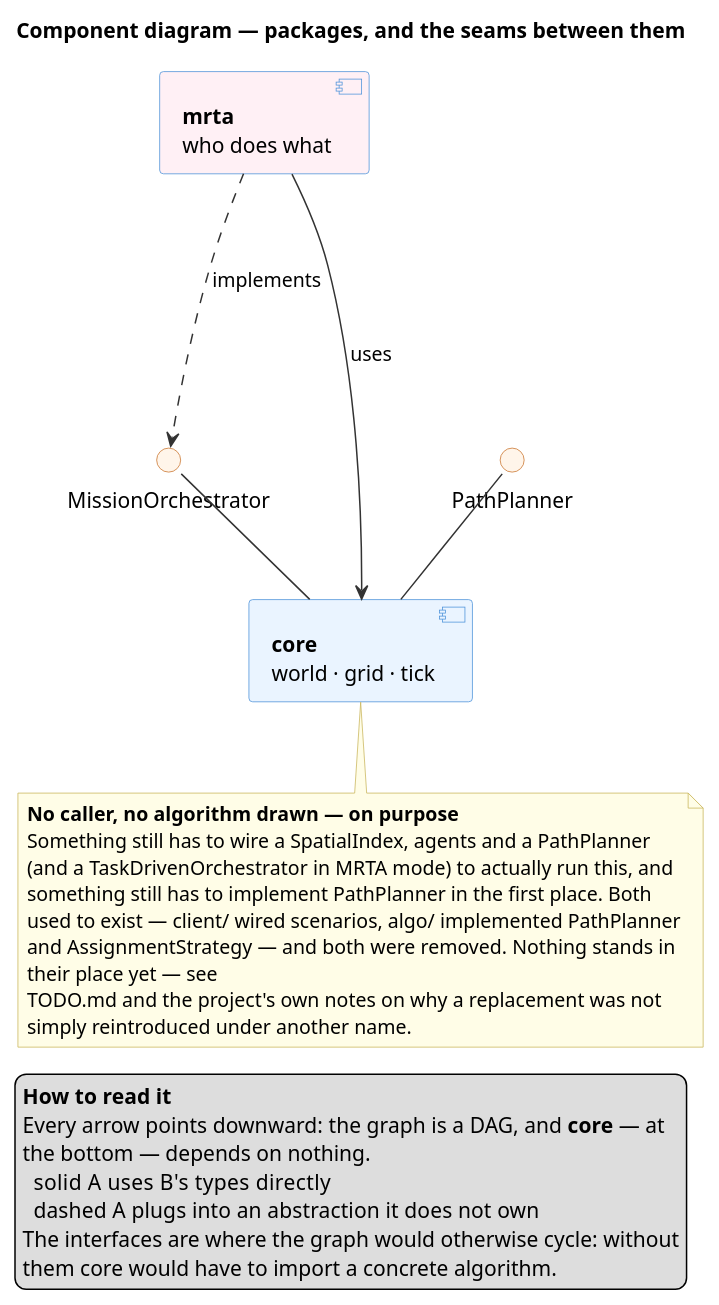
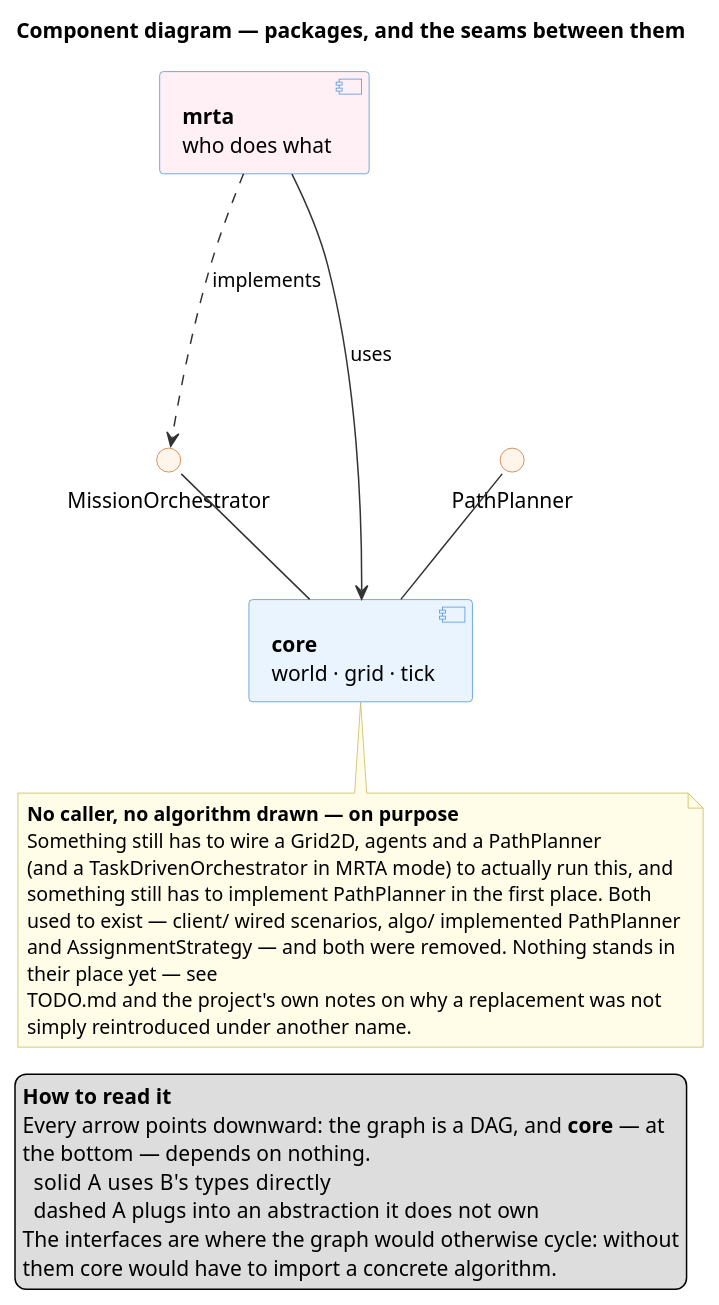
One commit to RasdaCorentin/MAPF_Simulation changed the diagram in diagrammes/component_diagram.puml. Above: the diagram before and after it, drawn with PlantUML. The commit also changed 5 other files, not shown here.

First line of the commit message:
docs(diagrams): follow up SpatialIndex/SpatialEntity/NamedRegion reversal

```diff
--- a/diagrammes/component_diagram.puml
+++ b/diagrammes/component_diagram.puml
@@ -1,86 +1,86 @@
 @startuml component_diagram
 
 ' =====================================================================
 '  COMPONENT VIEW — the 30-second read of the architecture.
 '
 '  Derived from Class_Diagram/class_diag_commented.puml, which stays the
 '  reference: this diagram adds nothing, it only drops everything that
 '  is not a package boundary or a seam between two packages.
 '
 '  What it is FOR: showing that the dependency graph is a DAG, and that
 '  the two engine seams (PathPlanner, MissionOrchestrator) are what keep it one.
 '  Every arrow points DOWN, towards something more abstract or more
 '  foundational — that is the whole design in one picture.
 '
 '  What it deliberately does NOT show: classes, methods, multiplicities.
 '  There is currently nothing above mrta, and mrta itself has nothing
 '  implementing its two seams: the scripting layer (client/), the
 '  measurement layer built on it (report/), and the concrete algorithm
 '  layer (algo/) were all removed, and nothing has replaced any of them
 '  yet — see TODO.md.
 '
 '  LAYOUT: every edge carries an explicit direction and the components
 '  are declared top-down in reading order. Without that, dot lays the
 '  graph out by edge cost alone and the picture ends up contradicting
 '  the legend that tells you to read it downward.
 ' =====================================================================
 
 title Component diagram — packages, and the seams between them
 
 skinparam componentStyle uml2
 skinparam ArrowColor #333333
 skinparam ComponentBorderColor #4A90D9
 skinparam InterfaceBorderColor #C9722A
 skinparam InterfaceBackgroundColor #FFF5EA
 skinparam NoteBackgroundColor #FFFDE7
 skinparam NoteBorderColor #C9B458
 
 ' ── Layer 1 — the domain layer ─────────────────────────────────────
 component "**mrta**\nwho does what" as mrta #FFF0F5
 
 ' ── Layer 2 — the engine seams, declared by core ──────────────────
 interface "PathPlanner" as ICoord
 interface "MissionOrchestrator" as IDisp
 
 ' ── Layer 3 — the foundation ──────────────────────────────────────
 component "**core**\nworld · grid · tick" as core #EAF4FF
 
 ' =====================================================================
 '  Relations. Solid = uses the types directly. Dashed = plugs into an
 '  abstraction it does not own.
 ' =====================================================================
 
 ' mrta plugs into the seam core declares for it. Nothing plugs into
 ' PathPlanner at all right now — algo/ used to, and is gone.
 mrta ..down.> IDisp : implements
 
 mrta -down-> core : uses
 
 ' core owns the two engine seams: it declares them and calls them,
 ' without ever knowing who implements them.
 ICoord -down- core
 IDisp  -down- core
 
 note bottom of core
   **No caller, no algorithm drawn — on purpose**
-  Something still has to wire a SpatialIndex, agents and a PathPlanner
+  Something still has to wire a Grid2D, agents and a PathPlanner
   (and a TaskDrivenOrchestrator in MRTA mode) to actually run this, and
   something still has to implement PathPlanner in the first place. Both
   used to exist — client/ wired scenarios, algo/ implemented PathPlanner
   and AssignmentStrategy — and both were removed. Nothing stands in
   their place yet — see
   TODO.md and the project's own notes on why a replacement was not
   simply reintroduced under another name.
 end note
 
 legend bottom left
   **How to read it**
   Every arrow points downward: the graph is a DAG, and **core** — at
   the bottom — depends on nothing.
     solid   A uses B's types directly
     dashed  A plugs into an abstraction it does not own
   The interfaces are where the graph would otherwise cycle: without
   them core would have to import a concrete algorithm.
 end legend
 
 @enduml
```
